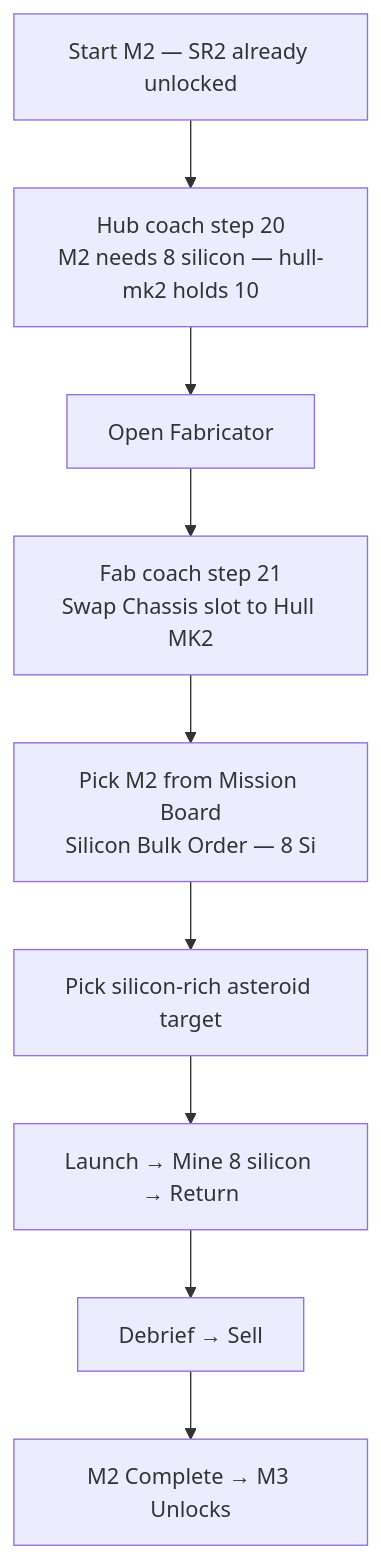
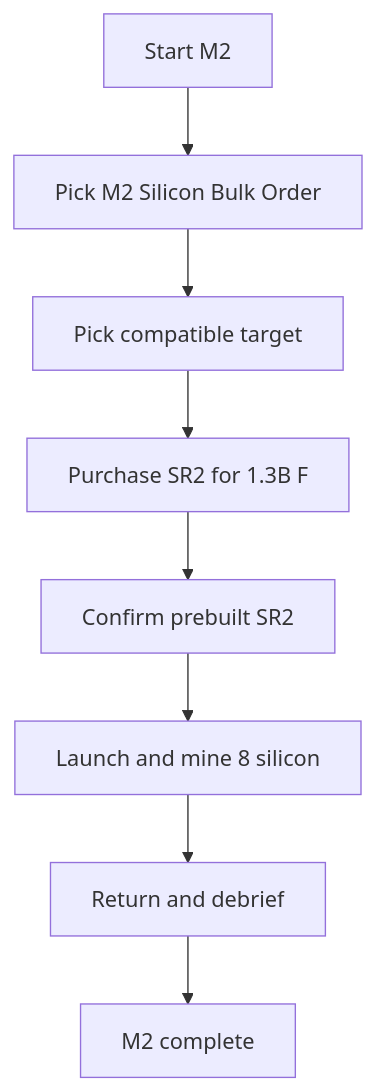
One commit to Signal-K/planet-hunters-experiment-1 changed the second of 2 diagrams in specs/mission-flowchart-diagrams.md. Above: the diagram before and after it, drawn with Mermaid. The commit also changed other lines of this file and 86 other files, not shown here.

````diff
--- a/specs/mission-flowchart-diagrams.md
+++ b/specs/mission-flowchart-diagrams.md
@@ -28,11 +22,10 @@
 ```mermaid
 flowchart TD
-  A[Start M2 — SR2 already unlocked] --> B[Hub coach step 20<br/>M2 needs 8 silicon — hull-mk2 holds 10]
-  B --> C[Open Fabricator]
-  C --> D[Fab coach step 21<br/>Swap Chassis slot to Hull MK2]
-  D --> E[Pick M2 from Mission Board<br/>Silicon Bulk Order — 8 Si]
-  E --> F[Pick silicon-rich asteroid target]
-  F --> G[Launch → Mine 8 silicon → Return]
-  G --> H[Debrief → Sell]
-  H --> I[M2 Complete → M3 Unlocks]
+  A[Start M2] --> B[Pick M2 Silicon Bulk Order]
+  B --> C[Pick compatible target]
+  C --> D[Purchase SR2 for 1.3B F]
+  D --> E[Confirm prebuilt SR2]
+  E --> F[Launch and mine 8 silicon]
+  F --> G[Return and debrief]
+  G --> H[M2 complete]
 ```
````
